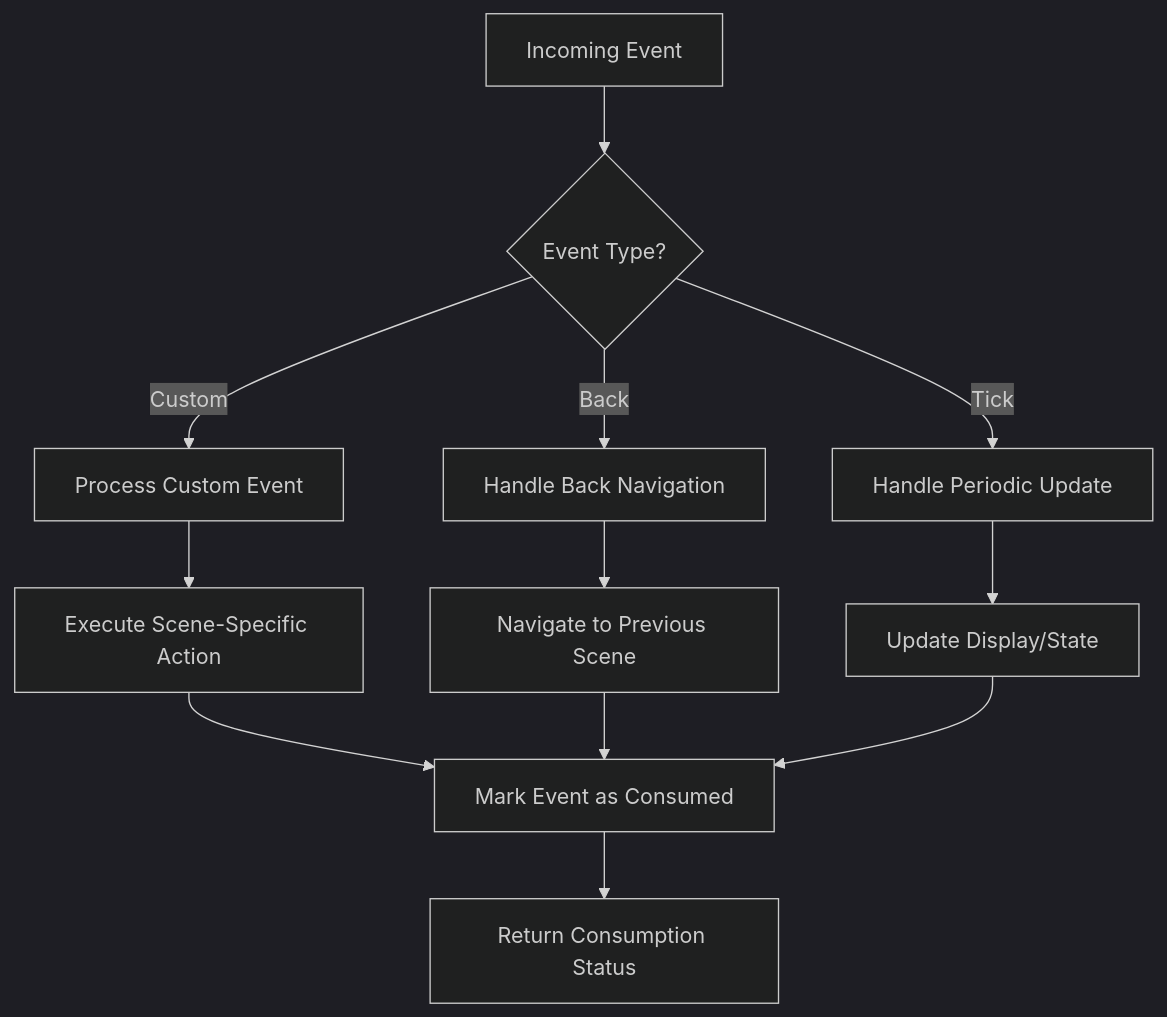
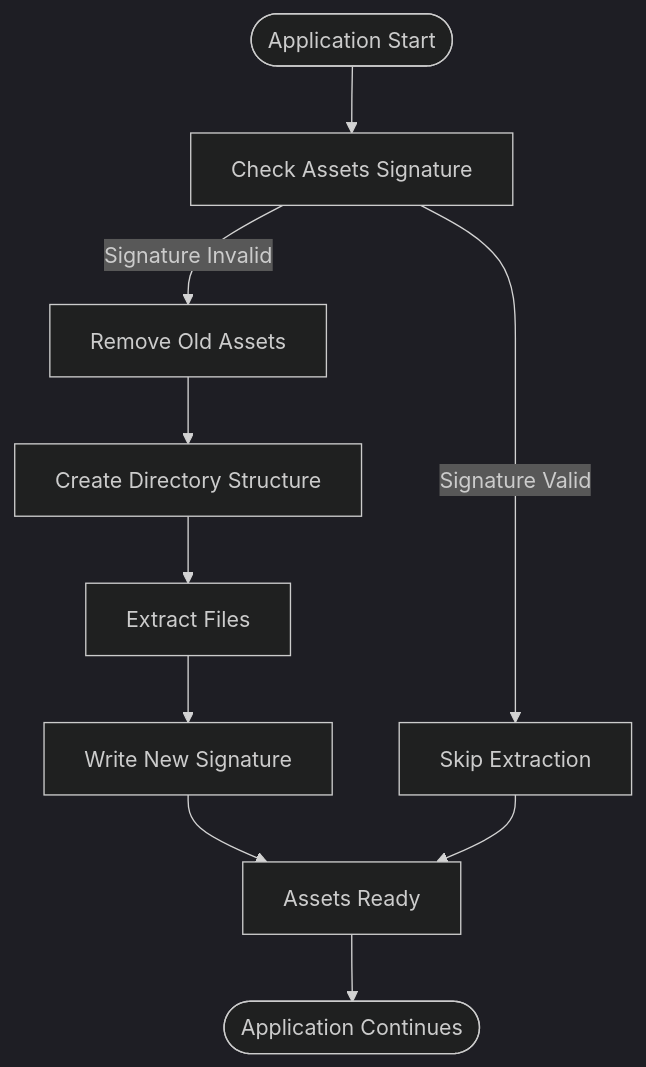
One commit to frostybittn/flipperzero-firmware-wPlugins changed the fourth of 5 diagrams in .qoder/repowiki/en/content/Application Development/Application Development.md. Above: the diagram before and after it, drawn with Mermaid (dark theme). The commit also changed other lines of this file and 81 other files, not shown here.

````diff
--- a/.qoder/repowiki/en/content/Application Development/Application Development.md
+++ b/.qoder/repowiki/en/content/Application Development/Application Development.md
@@ -273,14 +311,12 @@
 ```mermaid
 flowchart TD
-Event[Incoming Event] --> Type{"Event Type?"}
-Type --> |Custom| CustomHandler["Process Custom Event"]
-Type --> |Back| BackHandler["Handle Back Navigation"]
-Type --> |Tick| TickHandler["Handle Periodic Update"]
-CustomHandler --> Action["Execute Scene-Specific Action"]
-BackHandler --> Previous["Navigate to Previous Scene"]
-TickHandler --> Update["Update Display/State"]
-Action --> Consume["Mark Event as Consumed"]
-Previous --> Consume
-Update --> Consume
-Consume --> Return["Return Consumption Status"]
+AppStart([Application Start]) --> CheckAssets["Check Assets Signature"]
+CheckAssets --> |Signature Valid| SkipExtraction["Skip Extraction"]
+CheckAssets --> |Signature Invalid| RemoveOld["Remove Old Assets"]
+RemoveOld --> CreateDirs["Create Directory Structure"]
+CreateDirs --> ExtractFiles["Extract Files"]
+ExtractFiles --> WriteSignature["Write New Signature"]
+WriteSignature --> Complete["Assets Ready"]
+SkipExtraction --> Complete
+Complete --> AppContinue([Application Continues])
 ```
````
